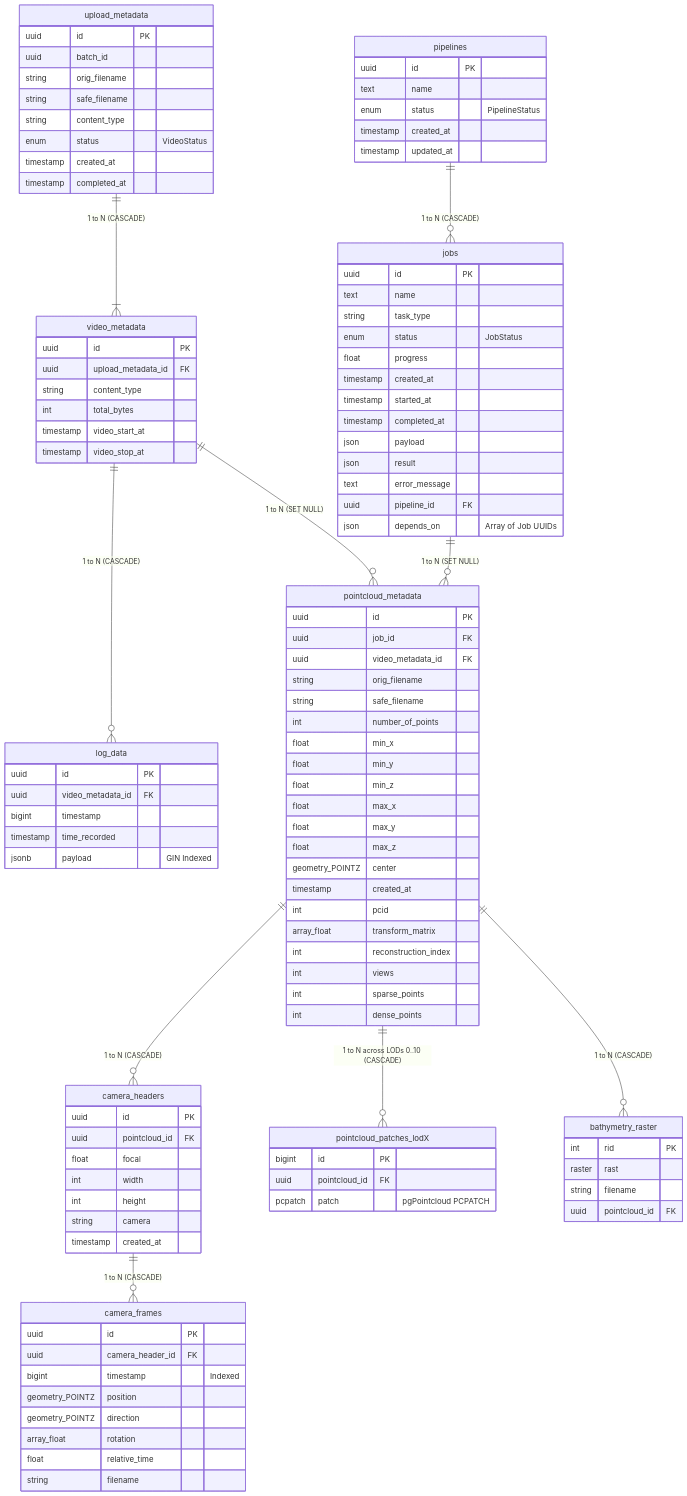
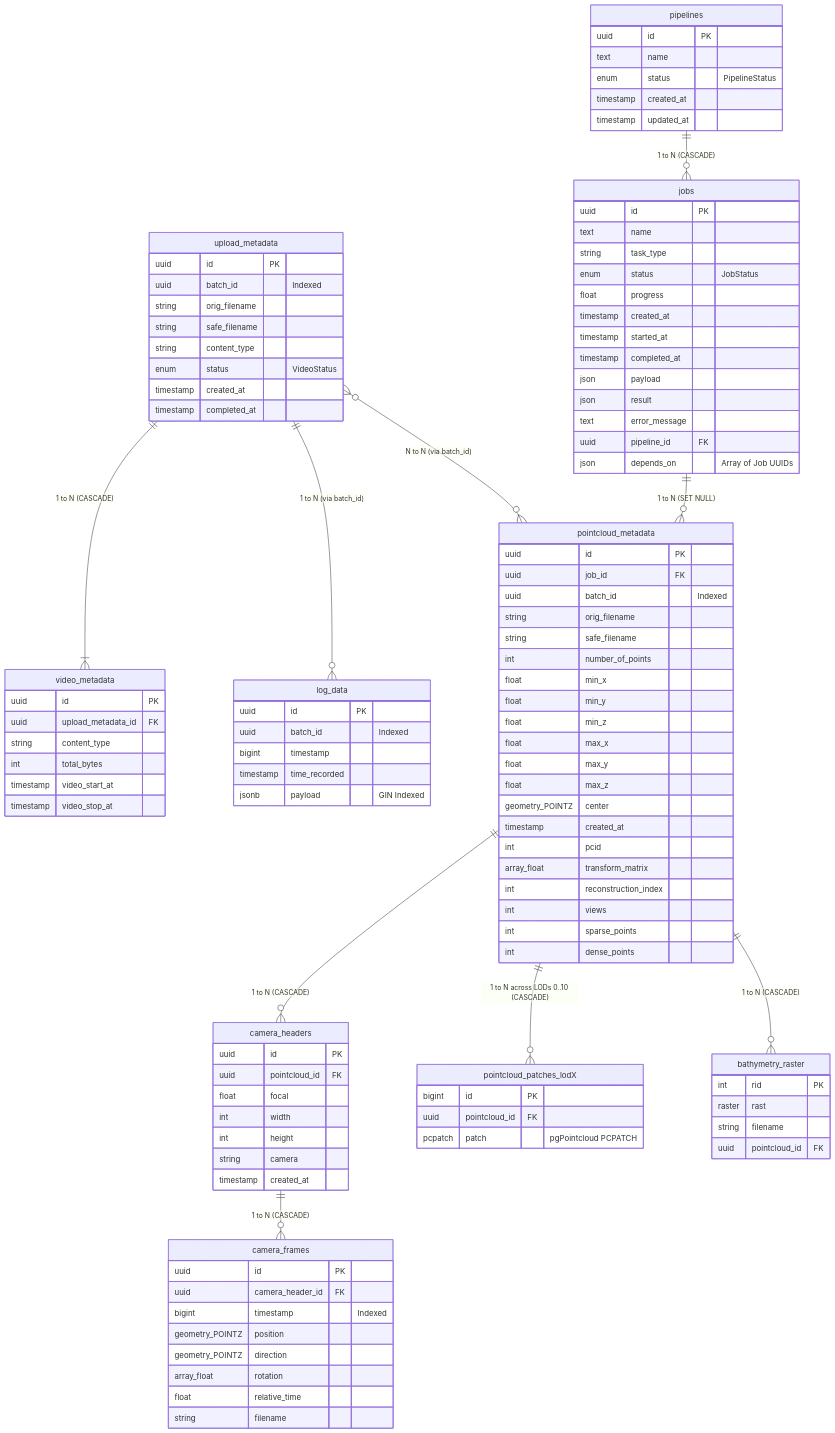
Before and after one commit to Dakantz/SeaSee-r: the diagram in GSoC_Notes/3_Documentation/database_relations.md, drawn with Mermaid. The commit also changed other lines of this file and 14 other files, not shown here.

Commit message:
Database relations: Add batch_id to be the main key to connect pointcloud_metadata and video_metadata

```diff
--- a/GSoC_Notes/3_Documentation/database_relations.md
+++ b/GSoC_Notes/3_Documentation/database_relations.md
@@ -23,7 +23,7 @@
 erDiagram
     upload_metadata {
         uuid id PK
-        uuid batch_id
+        uuid batch_id "Indexed"
         string orig_filename
         string safe_filename
         string content_type
@@ -43,7 +43,7 @@
 
     log_data {
         uuid id PK
-        uuid video_metadata_id FK
+        uuid batch_id "Indexed"
         bigint timestamp
         timestamp time_recorded
         jsonb payload "GIN Indexed"
@@ -76,7 +76,7 @@
     pointcloud_metadata {
         uuid id PK
         uuid job_id FK
-        uuid video_metadata_id FK
+        uuid batch_id "Indexed"
         string orig_filename
         string safe_filename
         int number_of_points
@@ -132,8 +132,8 @@
     }
 
     upload_metadata ||--|{ video_metadata : "1 to N (CASCADE)"
-    video_metadata ||--o{ log_data : "1 to N (CASCADE)"
-    video_metadata ||--o{ pointcloud_metadata : "1 to N (SET NULL)"
+    upload_metadata ||--o{ log_data : "1 to N (via batch_id)"
+    upload_metadata }o--o{ pointcloud_metadata : "N to N (via batch_id)"
     pipelines ||--o{ jobs : "1 to N (CASCADE)"
     jobs ||--o{ pointcloud_metadata : "1 to N (SET NULL)"
     pointcloud_metadata ||--o{ camera_headers : "1 to N (CASCADE)"
```
